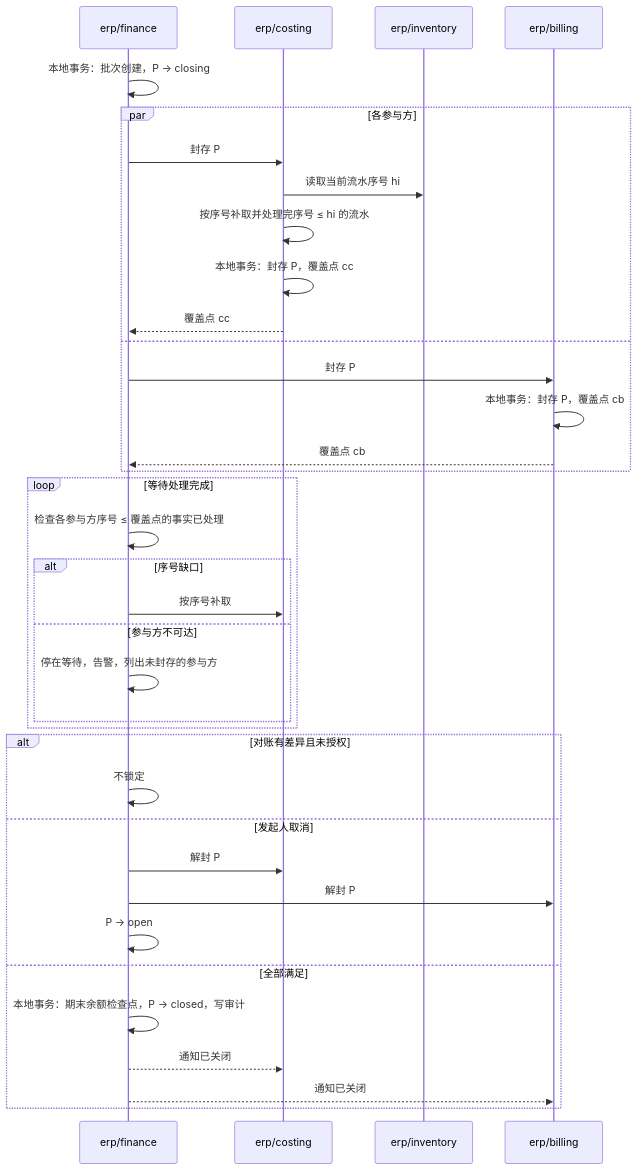
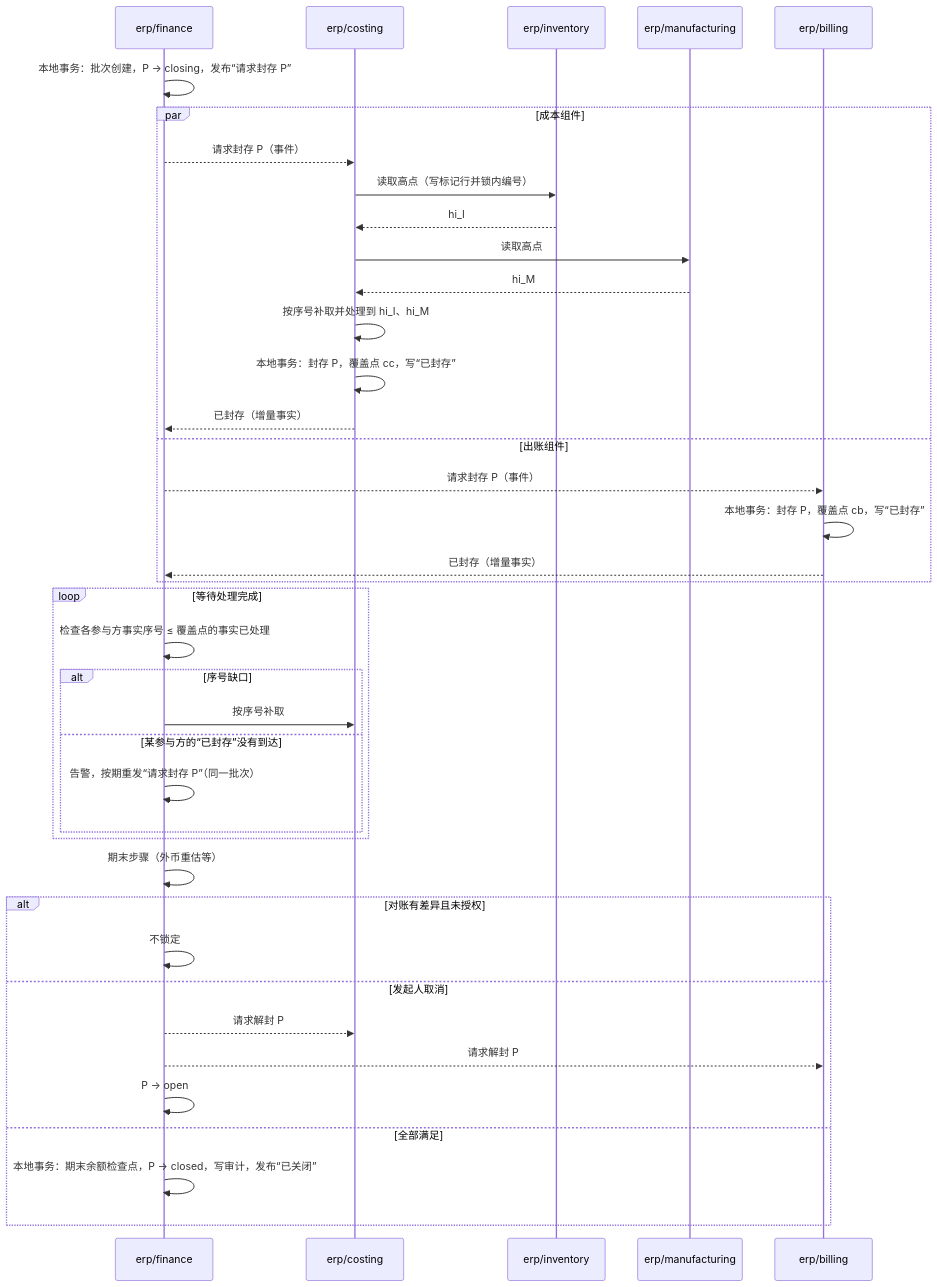
One commit to brickKit/be-assembly-standard changed the diagram in tempDocs/final/06-protocols/06-period-close.md. Above: the diagram before and after it, drawn with Mermaid. The commit also changed other lines of this file and 6 other files, not shown here.

````diff
--- a/tempDocs/final/06-protocols/06-period-close.md
+++ b/tempDocs/final/06-protocols/06-period-close.md
@@ -63,38 +92,41 @@
 ```mermaid
 sequenceDiagram
     participant F as erp/finance
     participant C as erp/costing
     participant I as erp/inventory
+    participant M as erp/manufacturing
     participant B as erp/billing
-    F->>F: 本地事务：批次创建，P → closing
-    par 各参与方
-        F->>C: 封存 P
-        C->>I: 读取当前流水序号 hi
-        C->>C: 按序号补取并处理完序号 ≤ hi 的流水
-        C->>C: 本地事务：封存 P，覆盖点 cc
-        C-->>F: 覆盖点 cc
-    and
-        F->>B: 封存 P
-        B->>B: 本地事务：封存 P，覆盖点 cb
-        B-->>F: 覆盖点 cb
+    F->>F: 本地事务：批次创建，P → closing，发布“请求封存 P”
+    par 成本组件
+        F-->>C: 请求封存 P（事件）
+        C->>I: 读取高点（写标记行并锁内编号）
+        I-->>C: hi_I
+        C->>M: 读取高点
+        M-->>C: hi_M
+        C->>C: 按序号补取并处理到 hi_I、hi_M
+        C->>C: 本地事务：封存 P，覆盖点 cc，写“已封存”
+        C-->>F: 已封存（增量事实）
+    and 出账组件
+        F-->>B: 请求封存 P（事件）
+        B->>B: 本地事务：封存 P，覆盖点 cb，写“已封存”
+        B-->>F: 已封存（增量事实）
     end
     loop 等待处理完成
-        F->>F: 检查各参与方序号 ≤ 覆盖点的事实已处理
+        F->>F: 检查各参与方事实序号 ≤ 覆盖点的事实已处理
         alt 序号缺口
             F->>C: 按序号补取
-        else 参与方不可达
-            F->>F: 停在等待，告警，列出未封存的参与方
+        else 某参与方的“已封存”没有到达
+            F->>F: 告警，按期重发“请求封存 P”（同一批次）
         end
     end
+    F->>F: 期末步骤（外币重估等）
     alt 对账有差异且未授权
         F->>F: 不锁定
     else 发起人取消
-        F->>C: 解封 P
-        F->>B: 解封 P
+        F-->>C: 请求解封 P
+        F-->>B: 请求解封 P
         F->>F: P → open
     else 全部满足
-        F->>F: 本地事务：期末余额检查点，P → closed，写审计
-        F-->>C: 通知已关闭
-        F-->>B: 通知已关闭
+        F->>F: 本地事务：期末余额检查点，P → closed，写审计，发布“已关闭”
     end
 ```
````
